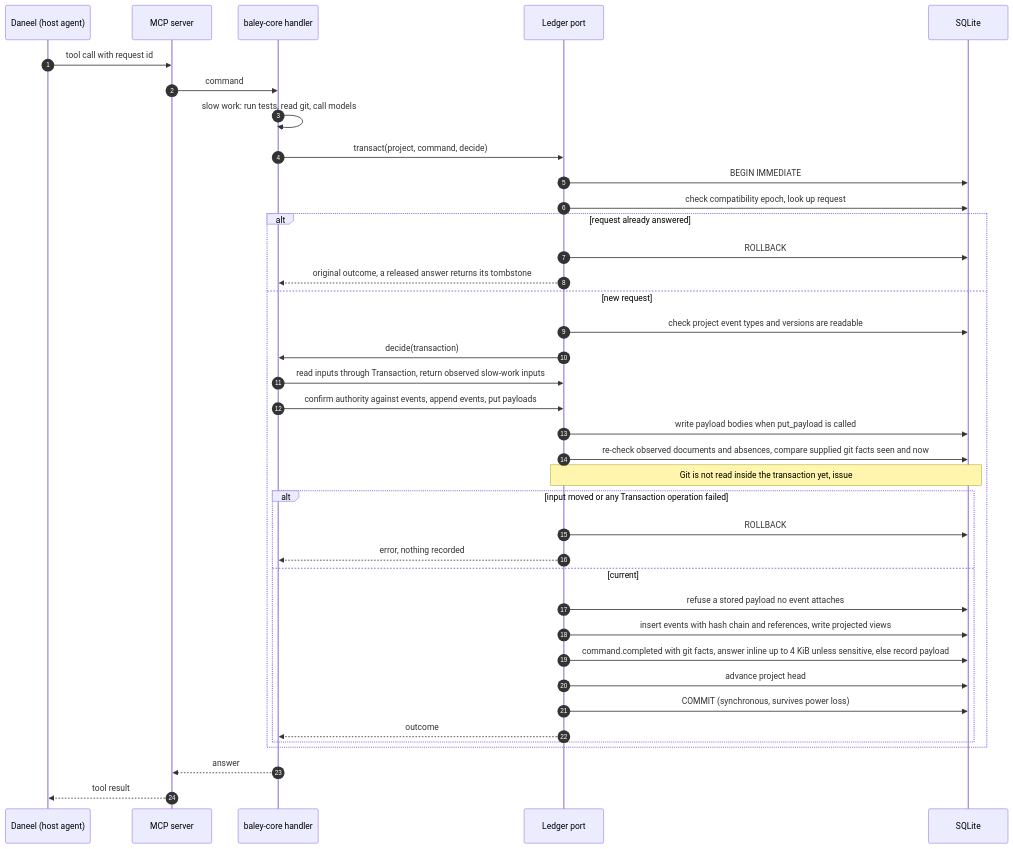
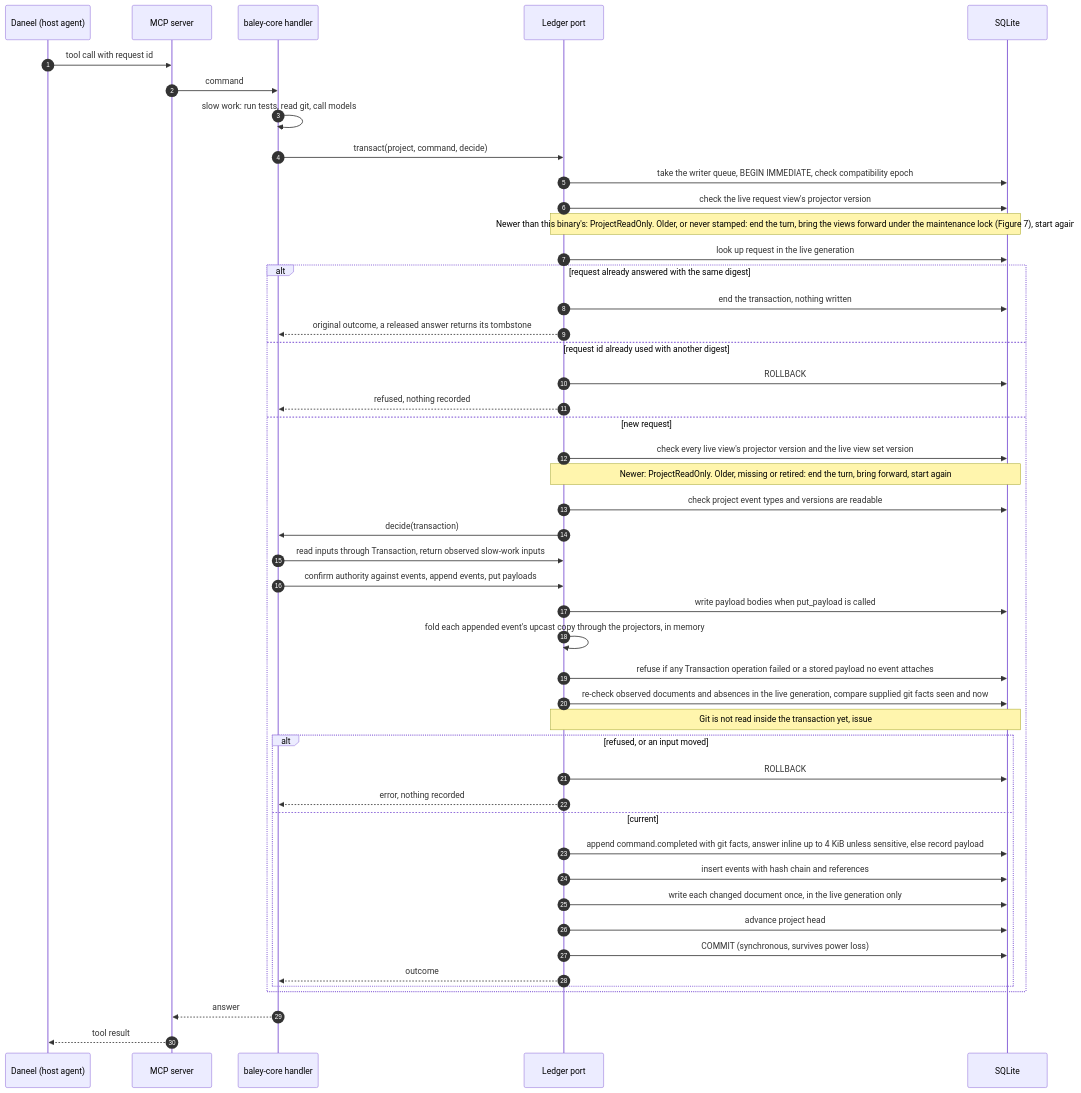
The sixth of 12 diagrams in docs/design/0001-evidence-ledger.md (crenshawdev/baley), drawn with Mermaid before and after one commit. The commit also changed other lines of this file and 12 other files, not shown here.

````diff
--- a/docs/design/0001-evidence-ledger.md
+++ b/docs/design/0001-evidence-ledger.md
@@ -386,40 +407,49 @@
 ```mermaid
 sequenceDiagram
   autonumber
   participant D as Daneel (host agent)
   participant S as MCP server
   participant C as baley-core handler
   participant L as Ledger port
   participant Q as SQLite
   D->>S: tool call with request id
   S->>C: command
   C->>C: slow work: run tests, read git, call models
   C->>L: transact(project, command, decide)
-  L->>Q: BEGIN IMMEDIATE
-  L->>Q: check compatibility epoch, look up request
-  alt request already answered
+  L->>Q: take the writer queue, BEGIN IMMEDIATE, check compatibility epoch
+  L->>Q: check the live request view's projector version
+  Note over L,Q: Newer than this binary's: ProjectReadOnly. Older, or never stamped: end the turn, bring the views forward under the maintenance lock (Figure 7), start again
+  L->>Q: look up request in the live generation
+  alt request already answered with the same digest
+    L->>Q: end the transaction, nothing written
+    L-->>C: original outcome, a released answer returns its tombstone
+  else request id already used with another digest
     L->>Q: ROLLBACK
-    L-->>C: original outcome, a released answer returns its tombstone
+    L-->>C: refused, nothing recorded
   else new request
+    L->>Q: check every live view's projector version and the live view set version
+    Note over L,Q: Newer: ProjectReadOnly. Older, missing or retired: end the turn, bring forward, start again
     L->>Q: check project event types and versions are readable
     L->>C: decide(transaction)
     C->>L: read inputs through Transaction, return observed slow-work inputs
     C->>L: confirm authority against events, append events, put payloads
     L->>Q: write payload bodies when put_payload is called
-    L->>Q: re-check observed documents and absences, compare supplied git facts seen and now
+    L->>L: fold each appended event's upcast copy through the projectors, in memory
+    L->>Q: refuse if any Transaction operation failed or a stored payload no event attaches
+    L->>Q: re-check observed documents and absences in the live generation, compare supplied git facts seen and now
     Note over L,Q: Git is not read inside the transaction yet, issue #40 (Build 4)
-    alt input moved or any Transaction operation failed
+    alt refused, or an input moved
       L->>Q: ROLLBACK
       L-->>C: error, nothing recorded
     else current
-      L->>Q: refuse a stored payload no event attaches
-      L->>Q: insert events with hash chain and references, write projected views
-      L->>Q: command.completed with git facts, answer inline up to 4 KiB unless sensitive, else record payload
+      L->>Q: append command.completed with git facts, answer inline up to 4 KiB unless sensitive, else record payload
+      L->>Q: insert events with hash chain and references
+      L->>Q: write each changed document once, in the live generation only
       L->>Q: advance project head
       L->>Q: COMMIT (synchronous, survives power loss)
       L-->>C: outcome
     end
   end
   C-->>S: answer
   S-->>D: tool result
 ```
````
